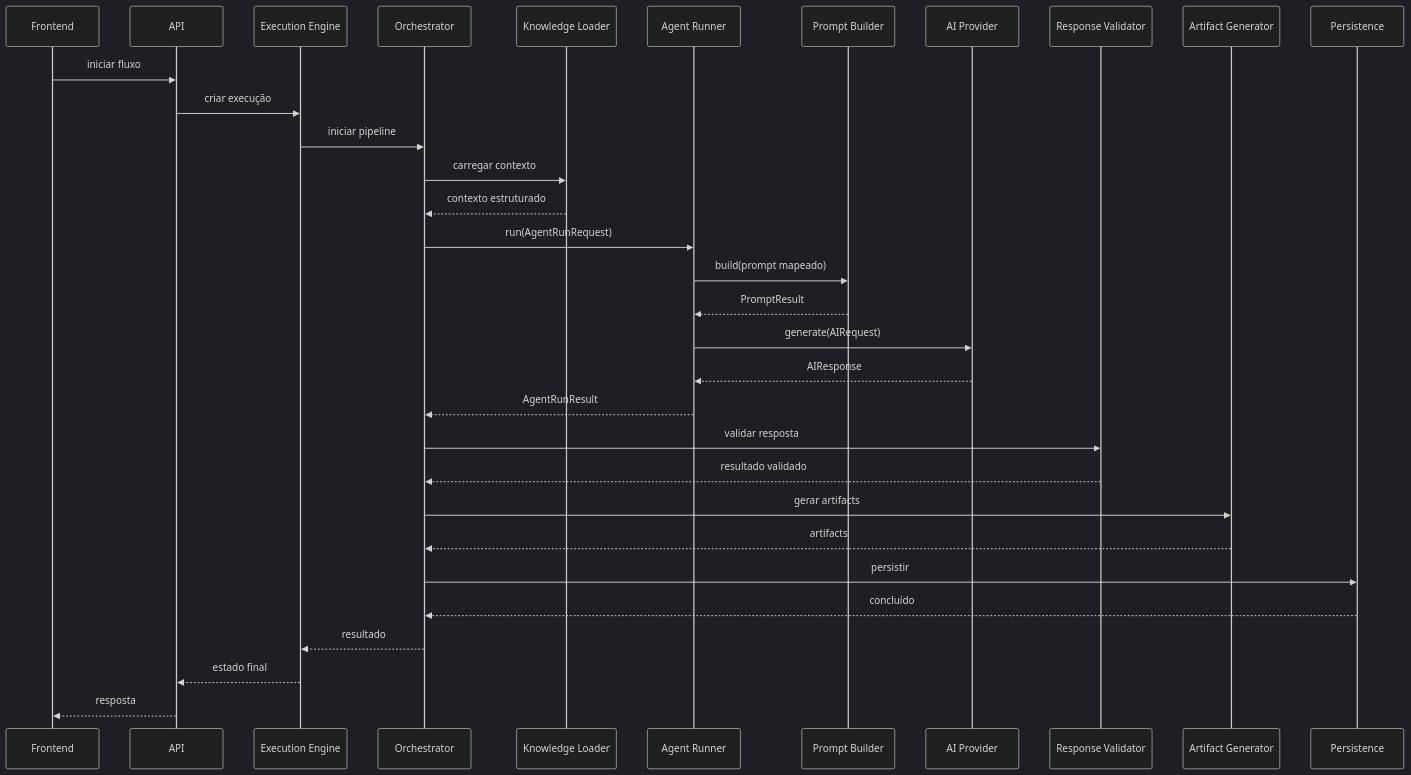
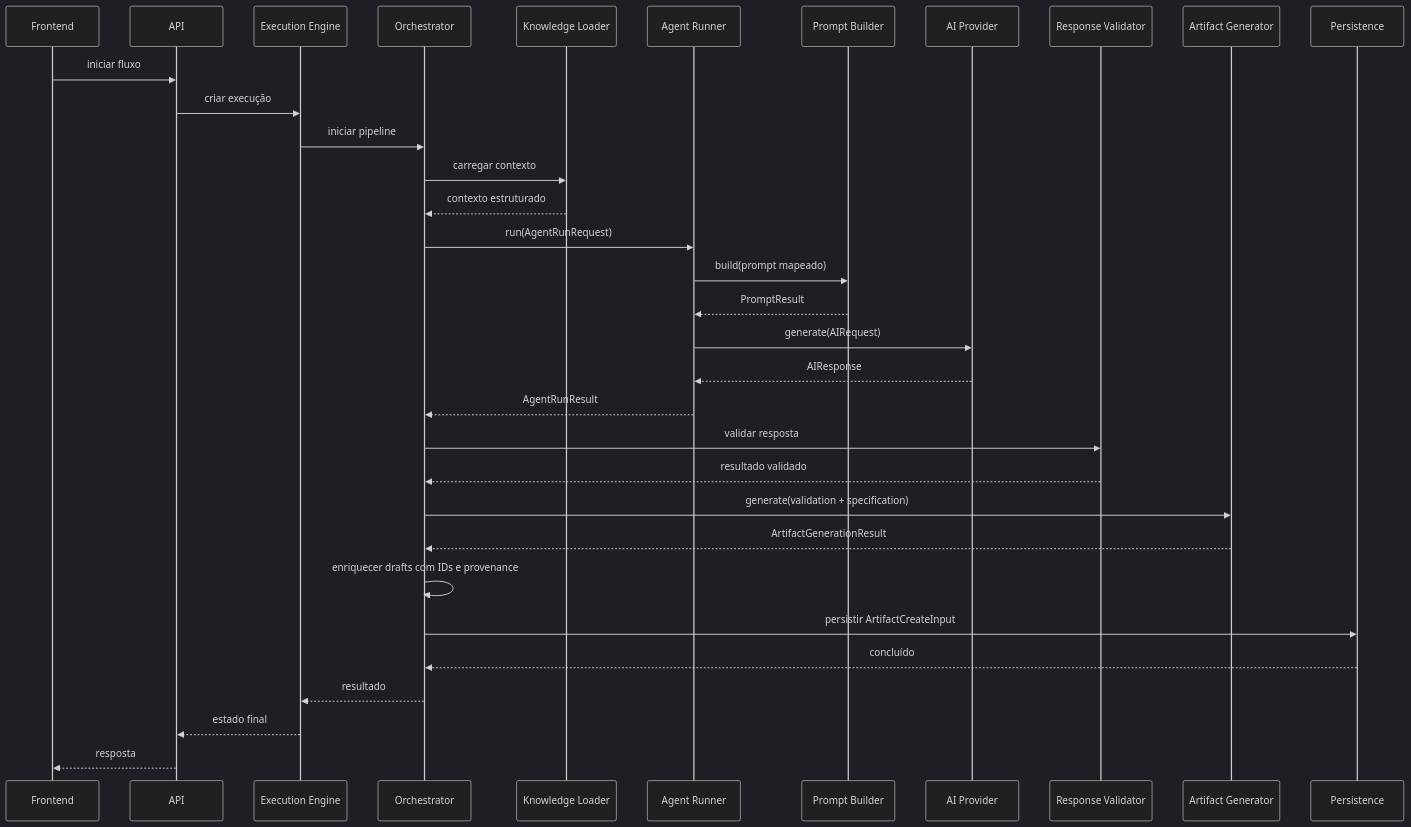
The diagram in knowledge/24-SYSTEM_DESIGN.md (felipet66/brq-ai-factory), drawn with Mermaid (dark theme) before and after one commit. The commit also changed other lines of this file and 55 other files, not shown here.

````diff
--- a/knowledge/24-SYSTEM_DESIGN.md
+++ b/knowledge/24-SYSTEM_DESIGN.md
@@ -618,35 +606,36 @@
 ```mermaid
 sequenceDiagram
     participant Frontend
     participant API
     participant Engine as Execution Engine
     participant Orchestrator
     participant Knowledge as Knowledge Loader
     participant Runner as Agent Runner
     participant Prompt as Prompt Builder
     participant Provider as AI Provider
     participant Validator as Response Validator
     participant Artifact as Artifact Generator
     participant DB as Persistence
 
     Frontend->>API: iniciar fluxo
     API->>Engine: criar execução
     Engine->>Orchestrator: iniciar pipeline
     Orchestrator->>Knowledge: carregar contexto
     Knowledge-->>Orchestrator: contexto estruturado
     Orchestrator->>Runner: run(AgentRunRequest)
     Runner->>Prompt: build(prompt mapeado)
     Prompt-->>Runner: PromptResult
     Runner->>Provider: generate(AIRequest)
     Provider-->>Runner: AIResponse
     Runner-->>Orchestrator: AgentRunResult
     Orchestrator->>Validator: validar resposta
     Validator-->>Orchestrator: resultado validado
-    Orchestrator->>Artifact: gerar artifacts
-    Artifact-->>Orchestrator: artifacts
-    Orchestrator->>DB: persistir
+    Orchestrator->>Artifact: generate(validation + specification)
+    Artifact-->>Orchestrator: ArtifactGenerationResult
+    Orchestrator->>Orchestrator: enriquecer drafts com IDs e provenance
+    Orchestrator->>DB: persistir ArtifactCreateInput
     DB-->>Orchestrator: concluído
     Orchestrator-->>Engine: resultado
     Engine-->>API: estado final
     API-->>Frontend: resposta
 ```
````
